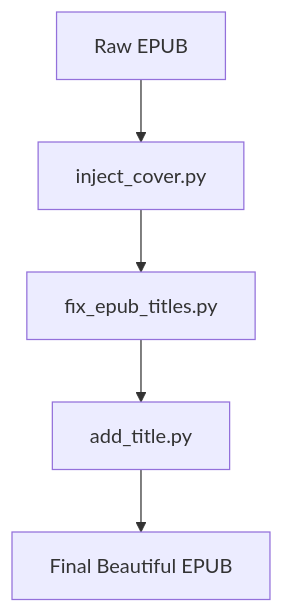
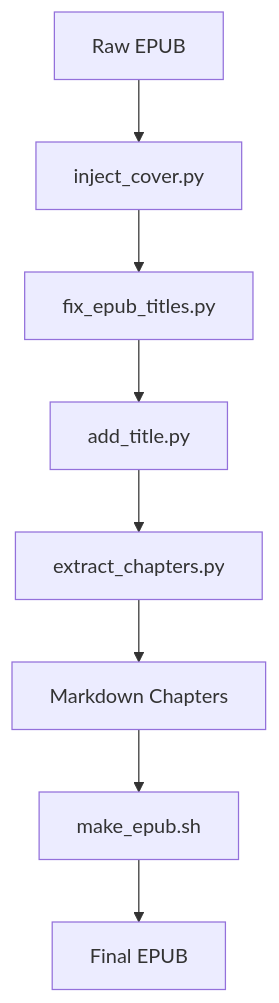
The diagram in README.md (AadiVIP/EPUB-TOOLS), drawn with Mermaid before and after one commit. The commit also changed other lines of this file, not shown here.

````diff
--- a/README.md
+++ b/README.md
@@ -100,7 +144,10 @@
 ```mermaid
 graph TD;
     A[Raw EPUB] --> B[inject_cover.py]
     B --> C[fix_epub_titles.py]
     C --> D[add_title.py]
-    D --> E[Final Beautiful EPUB]
+    D --> E[extract_chapters.py]
+    E --> F[Markdown Chapters]
+    F --> G[make_epub.sh]
+    G --> H[Final EPUB]
 ```
````
